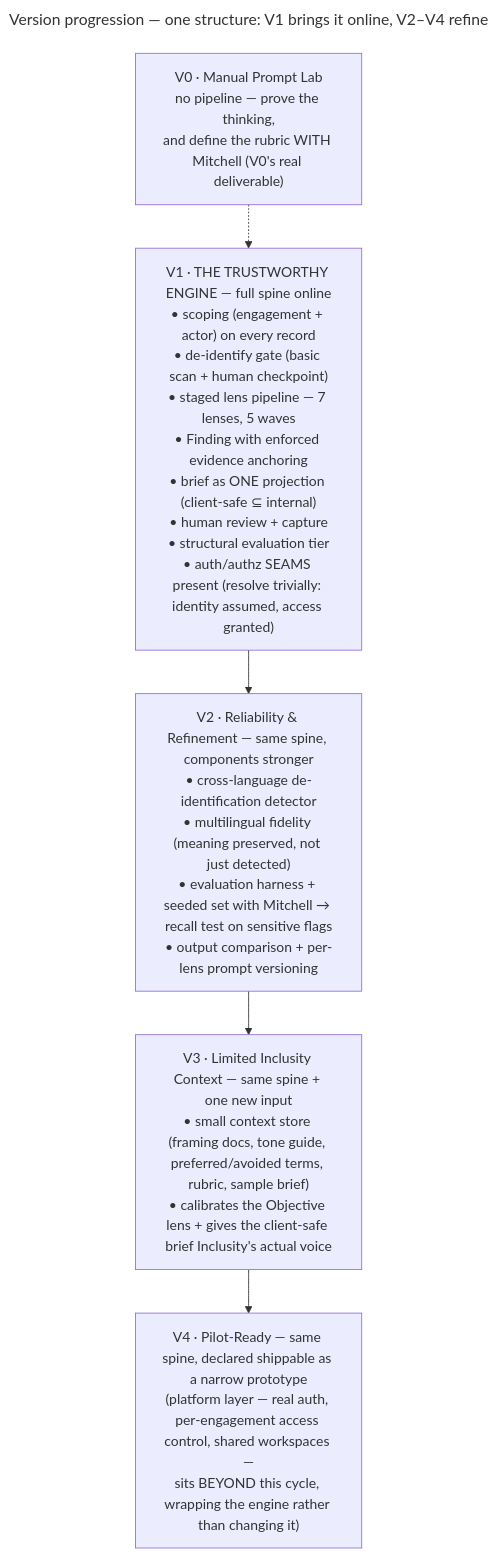
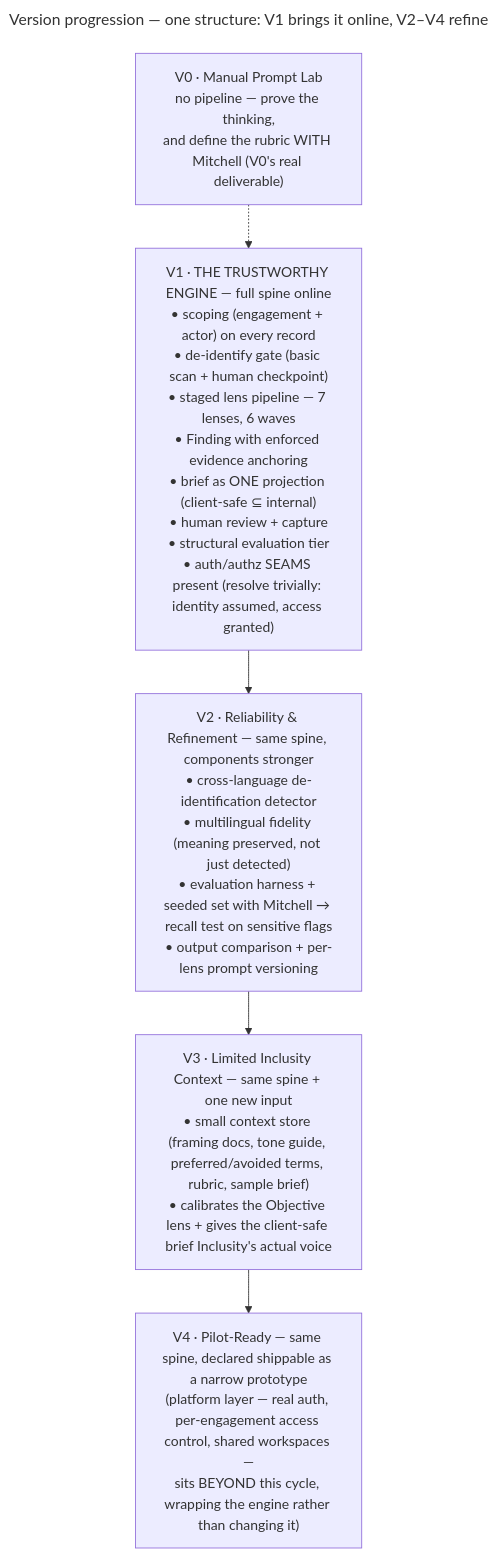
Before and after one commit to dkent600/HumanLens: the third of 3 diagrams in docs/build_approach.md, drawn with Mermaid. The commit also changed other lines of this file and 1 other file, not shown here.

Commit message:
redesign lens waves

````diff
--- a/docs/build_approach.md
+++ b/docs/build_approach.md
@@ -966,17 +969,17 @@
 ```mermaid
 ---
 title: "Version progression — one structure: V1 brings it online, V2–V4 refine"
 ---
 flowchart TD
     V0["V0 · Manual Prompt Lab<br/>no pipeline — prove the thinking,<br/>and define the rubric WITH Mitchell (V0's real deliverable)"]
 
-    V1["V1 · THE TRUSTWORTHY ENGINE — full spine online<br/>• scoping (engagement + actor) on every record<br/>• de-identify gate (basic scan + human checkpoint)<br/>• staged lens pipeline — 7 lenses, 5 waves<br/>• Finding with enforced evidence anchoring<br/>• brief as ONE projection (client-safe ⊆ internal)<br/>• human review + capture<br/>• structural evaluation tier<br/>• auth/authz SEAMS present (resolve trivially: identity assumed, access granted)"]
+    V1["V1 · THE TRUSTWORTHY ENGINE — full spine online<br/>• scoping (engagement + actor) on every record<br/>• de-identify gate (basic scan + human checkpoint)<br/>• staged lens pipeline — 7 lenses, 6 waves<br/>• Finding with enforced evidence anchoring<br/>• brief as ONE projection (client-safe ⊆ internal)<br/>• human review + capture<br/>• structural evaluation tier<br/>• auth/authz SEAMS present (resolve trivially: identity assumed, access granted)"]
 
     V2["V2 · Reliability & Refinement — same spine, components stronger<br/>• cross-language de-identification detector<br/>• multilingual fidelity (meaning preserved, not just detected)<br/>• evaluation harness + seeded set with Mitchell → recall test on sensitive flags<br/>• output comparison + per-lens prompt versioning"]
 
     V3["V3 · Limited Inclusity Context — same spine + one new input<br/>• small context store (framing docs, tone guide, preferred/avoided terms, rubric, sample brief)<br/>• calibrates the Objective lens + gives the client-safe brief Inclusity's actual voice"]
 
     V4["V4 · Pilot-Ready — same spine, declared shippable as a narrow prototype<br/>(platform layer — real auth, per-engagement access control, shared workspaces —<br/>sits BEYOND this cycle, wrapping the engine rather than changing it)"]
 
     V0 -.-> V1 --> V2 --> V3 --> V4
 ```
````
